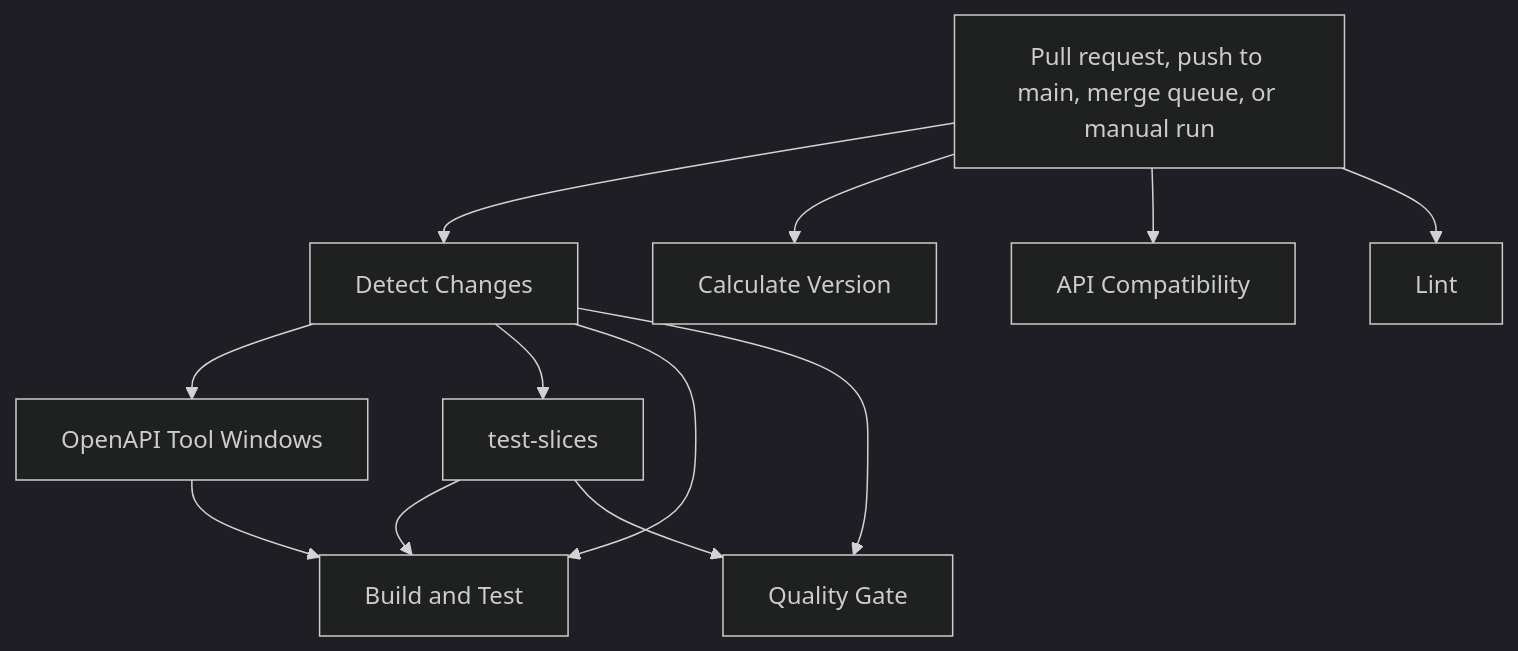
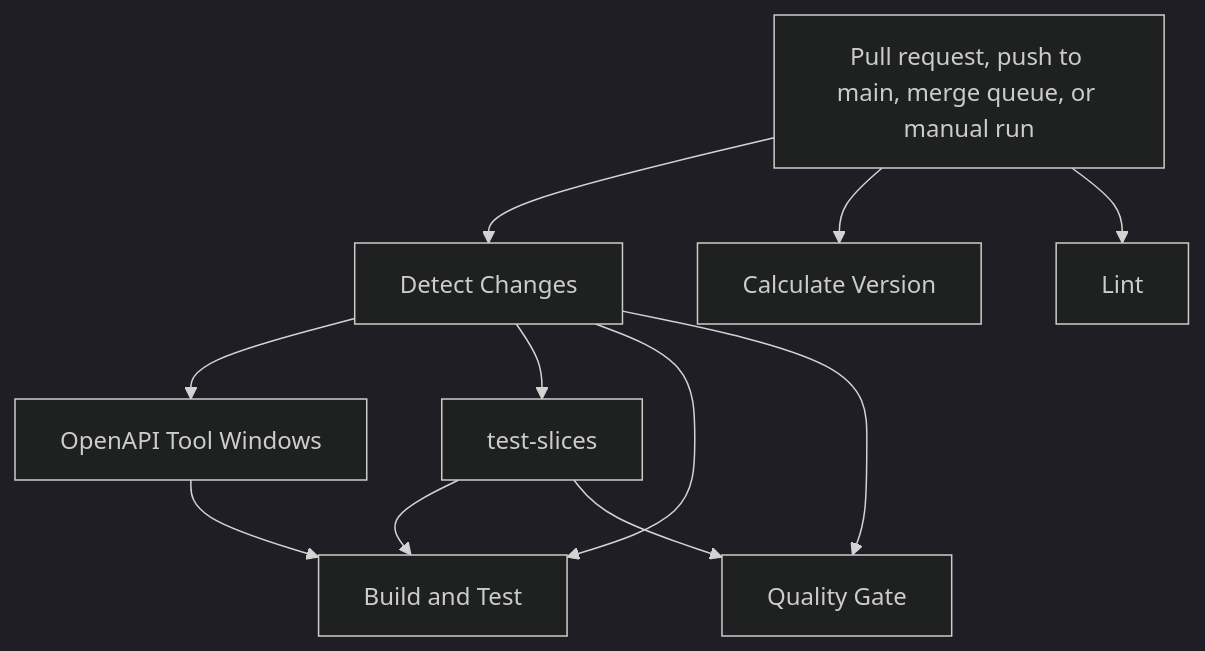
The first of 3 diagrams in docs/architecture/ci-validation-flows.md (danigutsch/ViajantesTurismo), drawn with Mermaid (dark theme) before and after one commit. The commit also changed 24 other files, not shown here.

````diff
--- a/docs/architecture/ci-validation-flows.md
+++ b/docs/architecture/ci-validation-flows.md
@@ -19,23 +19,21 @@
 ```mermaid
 flowchart TB
     trigger[Pull request, push to main, merge queue, or manual run]
     detect_changes[Detect Changes]
     calculate_version[Calculate Version]
     openapi_tool_windows[OpenAPI Tool Windows]
     test_slices[test-slices]
     build_and_test[Build and Test]
-    api_compatibility[API Compatibility]
     quality_gate[Quality Gate]
     lint[Lint]
     trigger --> detect_changes
     trigger --> calculate_version
     detect_changes --> openapi_tool_windows
     detect_changes --> test_slices
     detect_changes --> build_and_test
     test_slices --> build_and_test
     openapi_tool_windows --> build_and_test
-    trigger --> api_compatibility
     detect_changes --> quality_gate
     test_slices --> quality_gate
     trigger --> lint
 ```
````
